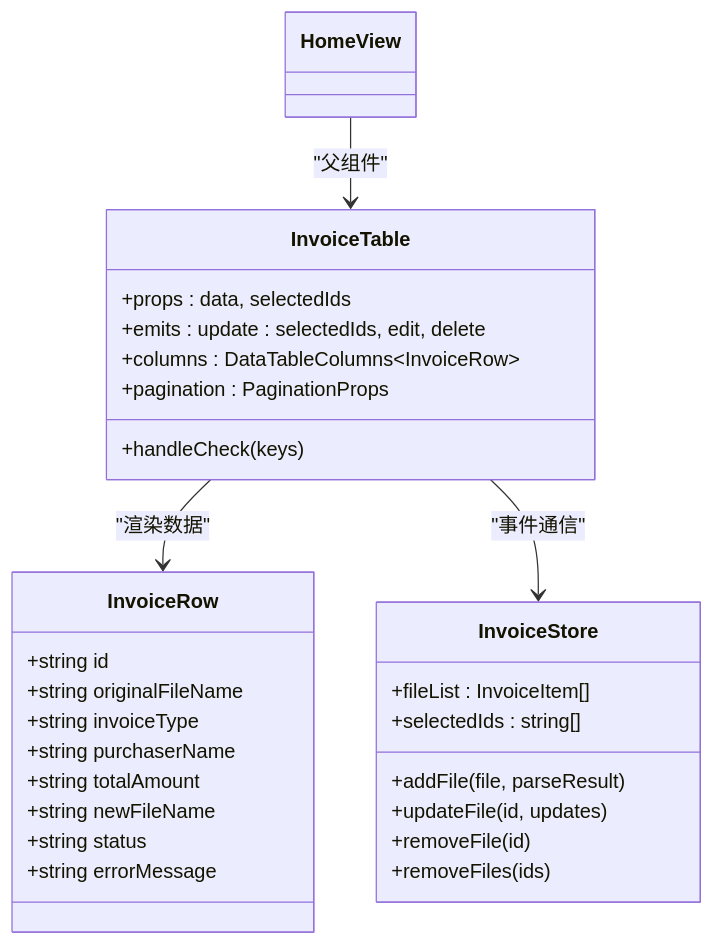
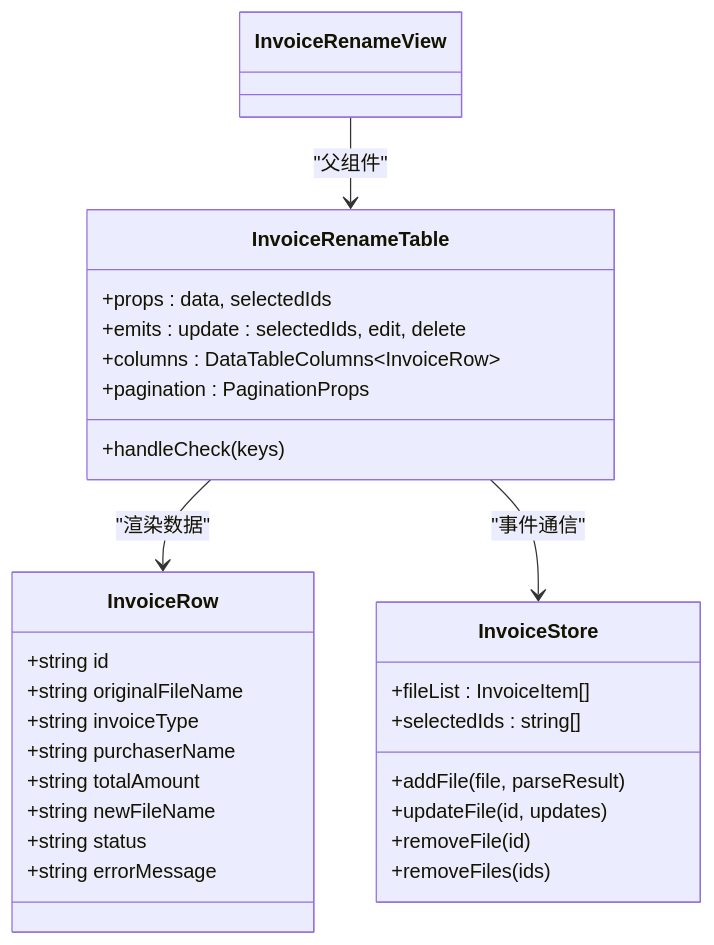
Before and after one commit to dunhuixiao/FinanceTools: the second of 10 diagrams in .qoder/repowiki/zh/content/组件架构设计/发票数据表格组件/发票重命名表格组件.md, drawn with Mermaid. The commit also changed other lines of this file and 4 other files, not shown here.

````diff
--- a/.qoder/repowiki/zh/content/组件架构设计/发票数据表格组件/发票重命名表格组件.md
+++ b/.qoder/repowiki/zh/content/组件架构设计/发票数据表格组件/发票重命名表格组件.md
@@ -81,31 +78,31 @@
 ```mermaid
 classDiagram
-class InvoiceTable {
+class InvoiceRenameTable {
 +props : data, selectedIds
 +emits : update : selectedIds, edit, delete
 +columns : DataTableColumns~InvoiceRow~
 +pagination : PaginationProps
 +handleCheck(keys)
 }
 class InvoiceRow {
 +string id
 +string originalFileName
 +string invoiceType
 +string purchaserName
 +string totalAmount
 +string newFileName
 +string status
 +string errorMessage
 }
 class InvoiceStore {
 +fileList : InvoiceItem[]
 +selectedIds : string[]
 +addFile(file, parseResult)
 +updateFile(id, updates)
 +removeFile(id)
 +removeFiles(ids)
 }
-InvoiceTable --> InvoiceRow : "渲染数据"
-InvoiceTable --> InvoiceStore : "事件通信"
-HomeView --> InvoiceTable : "父组件"
+InvoiceRenameTable --> InvoiceRow : "渲染数据"
+InvoiceRenameTable --> InvoiceStore : "事件通信"
+InvoiceRenameView --> InvoiceRenameTable : "父组件"
 ```
````
